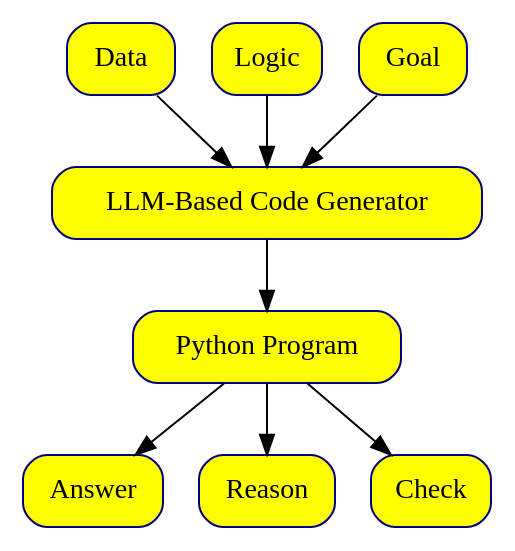
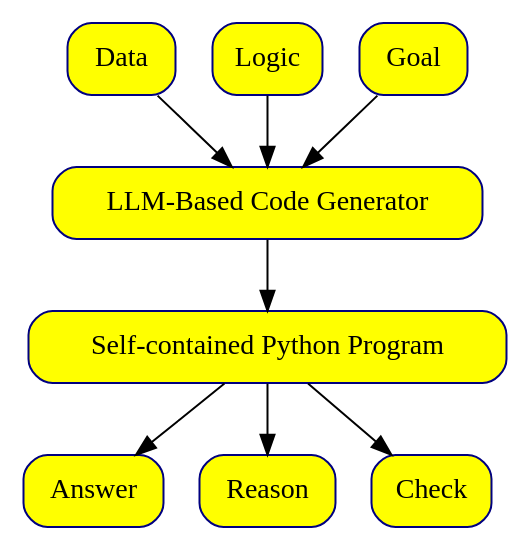
Before and after one commit to eyereasoner/eye: the diagram in teaching/images/EYE-teaching.dot, drawn with Graphviz. The commit also changed 2 other files, not shown here.

```diff
--- a/teaching/images/EYE-teaching.dot
+++ b/teaching/images/EYE-teaching.dot
@@ -1,18 +1,18 @@
 digraph {
 	bgcolor=white fontname=Helvetica rankdir=TB
 	Data [label=Data color=navy fillcolor=yellow shape=box style="rounded,filled"]
 	Logic [label=Logic color=navy fillcolor=yellow shape=box style="rounded,filled"]
 	Goal [label=Goal color=navy fillcolor=yellow shape=box style="rounded,filled"]
 	LLM [label="LLM-Based Code Generator" color=navy fillcolor=yellow shape=box style="rounded,filled"]
-	Python [label="Python Program" color=navy fillcolor=yellow shape=box style="rounded,filled"]
+	Python [label="Self-contained Python Program" color=navy fillcolor=yellow shape=box style="rounded,filled"]
 	Answer [label=Answer color=navy fillcolor=yellow shape=box style="rounded,filled"]
 	Python -> Answer
 	Reason [label=Reason color=navy fillcolor=yellow shape=box style="rounded,filled"]
 	Python -> Reason
 	Check [label=Check color=navy fillcolor=yellow shape=box style="rounded,filled"]
 	Python -> Check
 	Data -> LLM
 	Logic -> LLM
 	Goal -> LLM
 	LLM -> Python
 }
```
